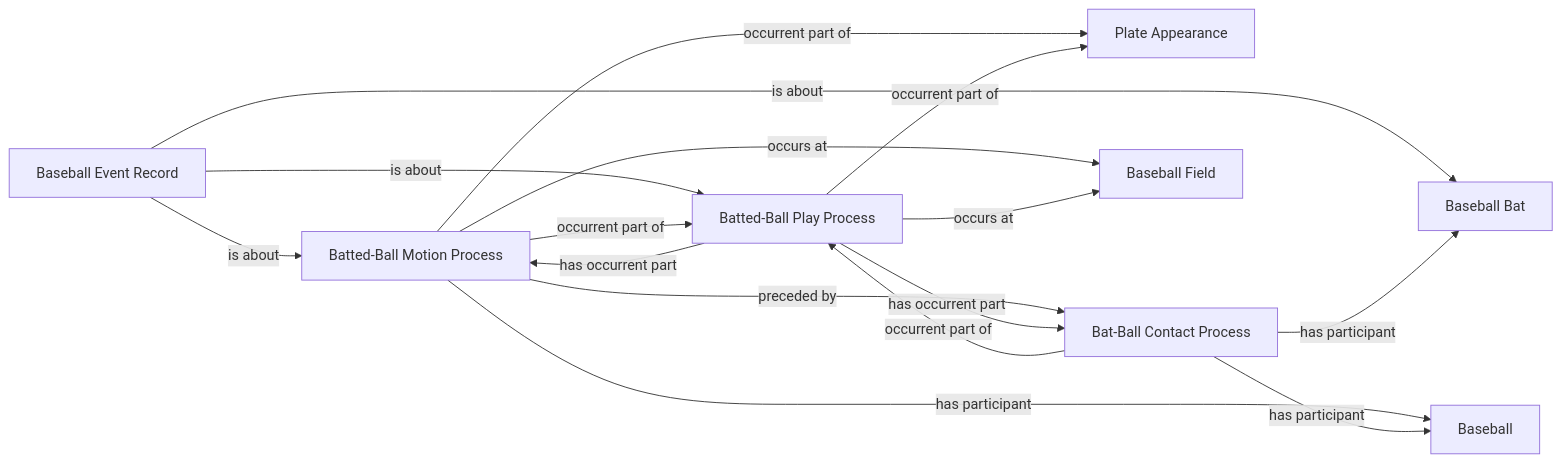
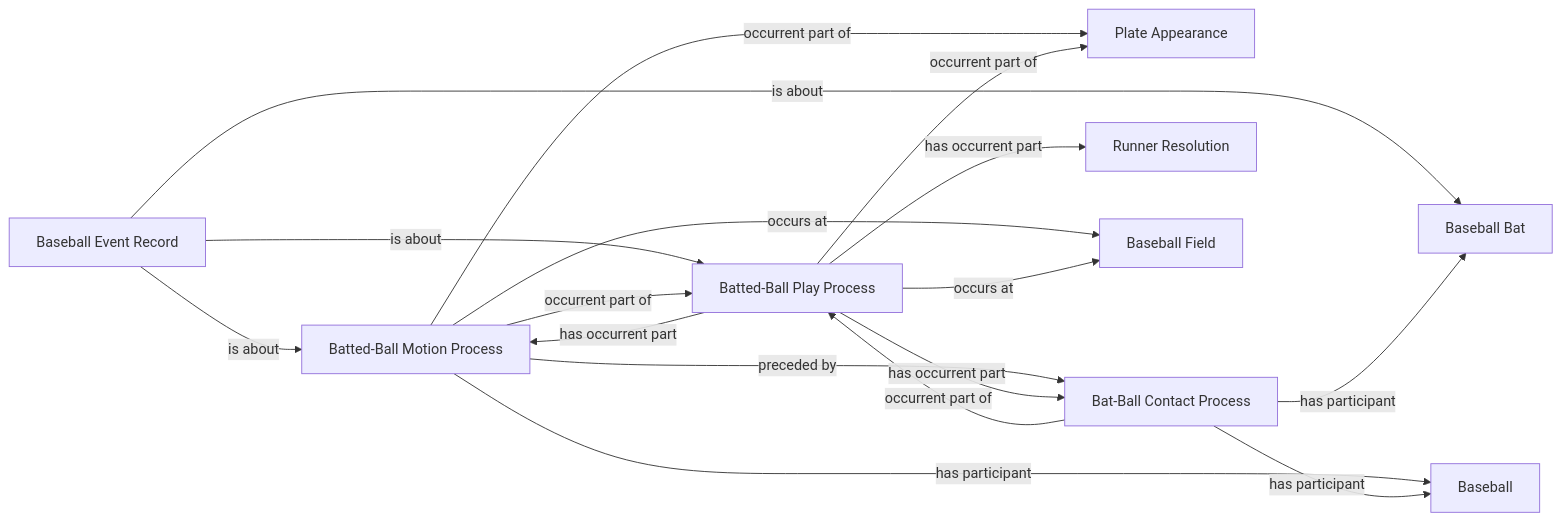
Before and after one commit to CarterBeauBenson/BaseballO: the diagram in Baseball/mermaid/patterns/ontology/16-batted-ball-backbone.md, drawn with Mermaid. The commit also changed other lines of this file and 221 other files, not shown here.

Commit message:
feat: implement graph-native metrics and document remaining evidence gaps

````diff
--- a/Baseball/mermaid/patterns/ontology/16-batted-ball-backbone.md
+++ b/Baseball/mermaid/patterns/ontology/16-batted-ball-backbone.md
@@ -10,26 +10,28 @@
 ```mermaid
 flowchart LR
     N01["Baseball Bat"]
     N02["Baseball"]
     N03["Baseball Event Record"]
     N04["Plate Appearance"]
     N05["Batted-Ball Motion Process"]
     N06["Batted-Ball Play Process"]
     N07["Bat-Ball Contact Process"]
-    N08["Baseball Field"]
+    N08["Runner Resolution"]
+    N09["Baseball Field"]
     N03 -->|is about| N01
     N03 -->|is about| N05
     N03 -->|is about| N06
     N05 -->|has participant| N02
     N05 -->|occurrent part of| N04
     N05 -->|occurrent part of| N06
-    N05 -->|occurs at| N08
+    N05 -->|occurs at| N09
     N05 -->|preceded by| N07
     N06 -->|has occurrent part| N05
     N06 -->|has occurrent part| N07
+    N06 -->|has occurrent part| N08
     N06 -->|occurrent part of| N04
-    N06 -->|occurs at| N08
+    N06 -->|occurs at| N09
     N07 -->|has participant| N01
     N07 -->|has participant| N02
     N07 -->|occurrent part of| N06
 ```
````
